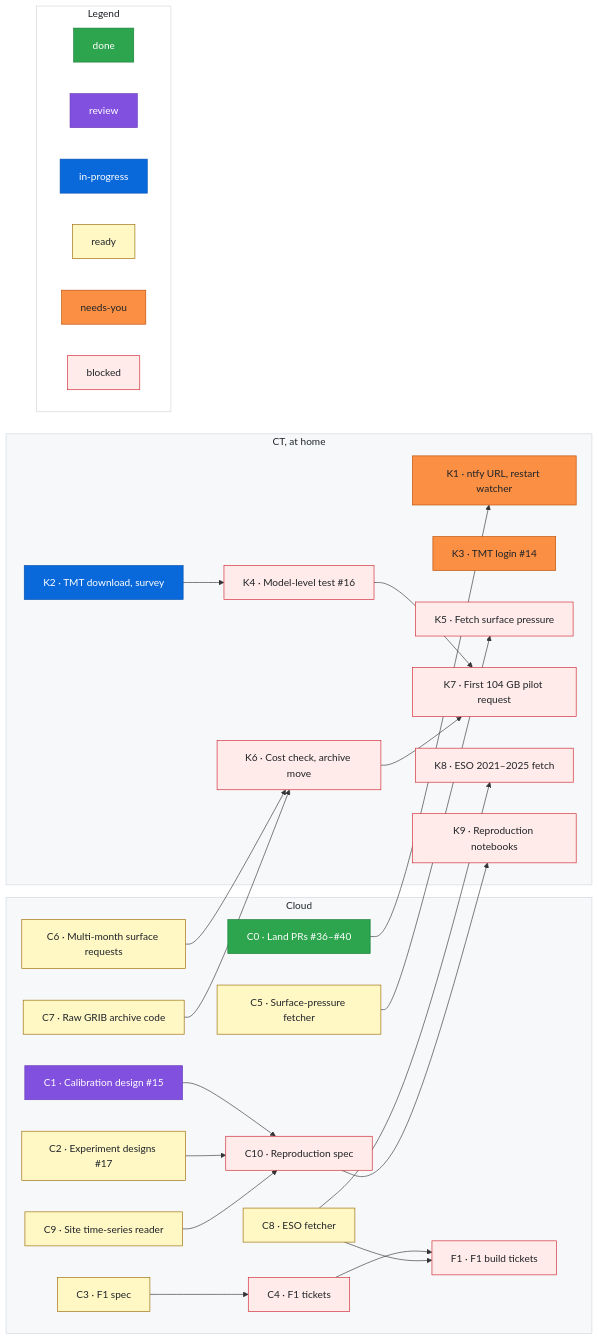
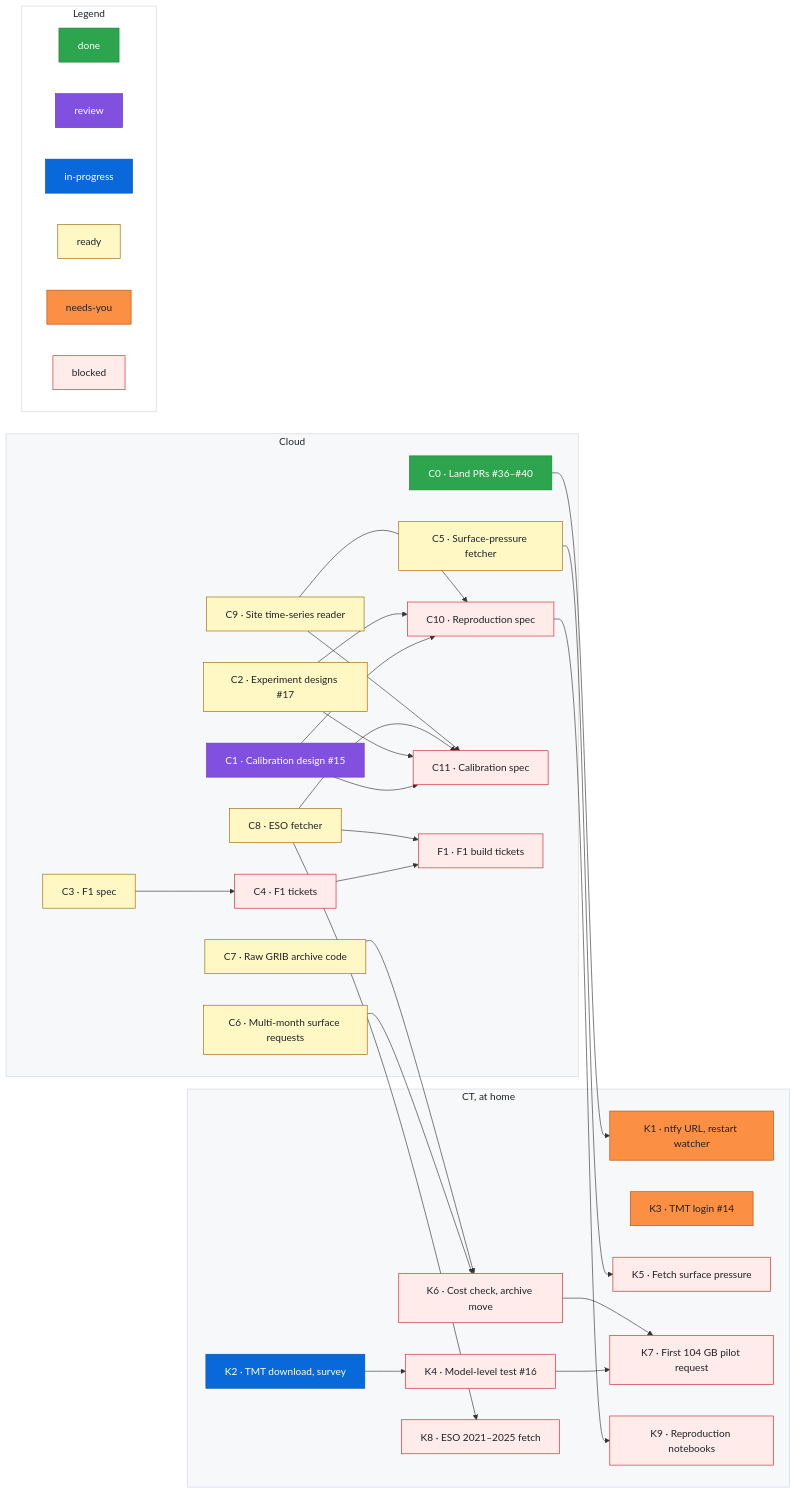
One commit to rrweller/Astro-seeing changed the diagram in docs/roadmap.md. Above: the diagram before and after it, drawn with Mermaid. The commit also changed other lines of this file and 3 other files, not shown here.

```diff
--- a/docs/roadmap.md
+++ b/docs/roadmap.md
@@ -78,6 +80,7 @@
     C8["C8 · ESO fetcher"]
     C9["C9 · Site time-series reader"]
     C10["C10 · Reproduction spec"]
+    C11["C11 · Calibration spec"]
     F1["F1 · F1 build tickets"]
   end
   subgraph ct["CT, at home"]
@@ -96,6 +99,10 @@
   C1 --> C10
   C2 --> C10
   C9 --> C10
+  C1 --> C11
+  C2 --> C11
+  C8 --> C11
+  C9 --> C11
   C0 --> K1
   K2 --> K4 --> K7
   C5 --> K5
@@ -144,6 +151,8 @@
   %% ---
   class C10 blocked
   %% ---
+  class C11 blocked
+  %% ---
   class F1 blocked
   %% ---
   class K1 needsyou
```
